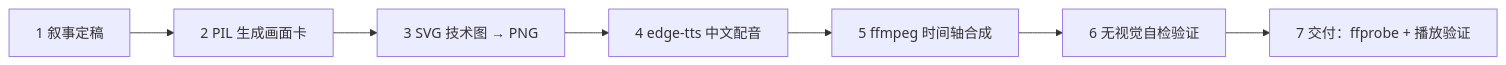
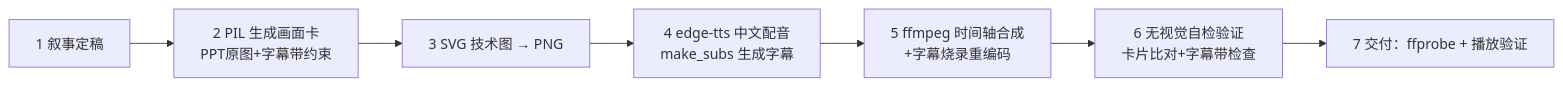
Before and after one commit to Frido0319/explainer-video-builder-skill: the diagram in SKILL.md, drawn with Mermaid. The commit also changed other lines of this file and 9 other files, not shown here.

First line of the commit message:
Update skill: PPT原图铁律 + 自动中文字幕 + 字幕带约束

````diff
--- a/SKILL.md
+++ b/SKILL.md
@@ -24,9 +26,9 @@
 ```mermaid
 flowchart LR
-  A[1 叙事定稿] --> B[2 PIL 生成画面卡]
+  A[1 叙事定稿] --> B[2 PIL 生成画面卡<br/>PPT原图+字幕带约束]
   B --> C[3 SVG 技术图 → PNG]
-  C --> D[4 edge-tts 中文配音]
-  D --> E[5 ffmpeg 时间轴合成]
-  E --> F[6 无视觉自检验证]
+  C --> D[4 edge-tts 中文配音<br/>make_subs 生成字幕]
+  D --> E[5 ffmpeg 时间轴合成<br/>+字幕烧录重编码]
+  E --> F[6 无视觉自检验证<br/>卡片比对+字幕带检查]
   F --> G[7 交付：ffprobe + 播放验证]
 ```
````
